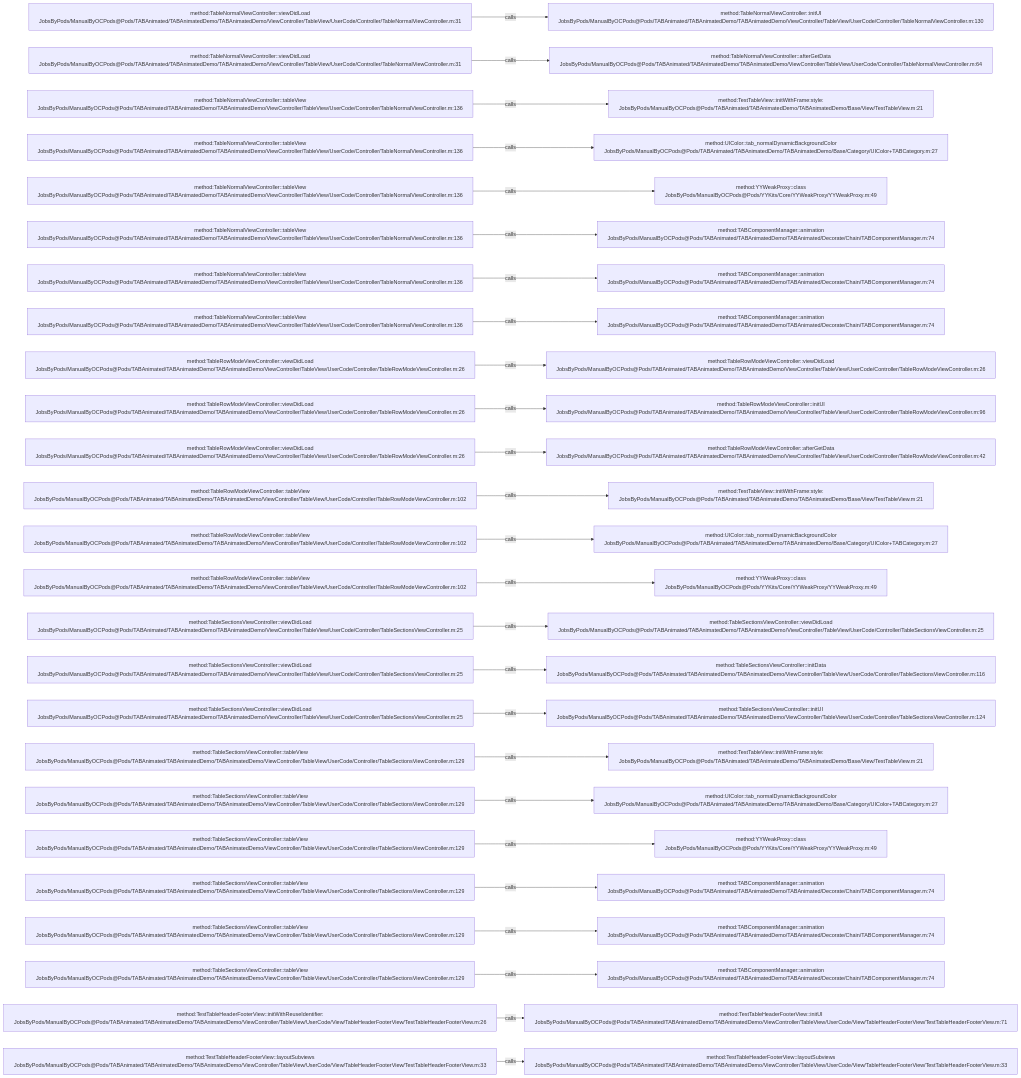
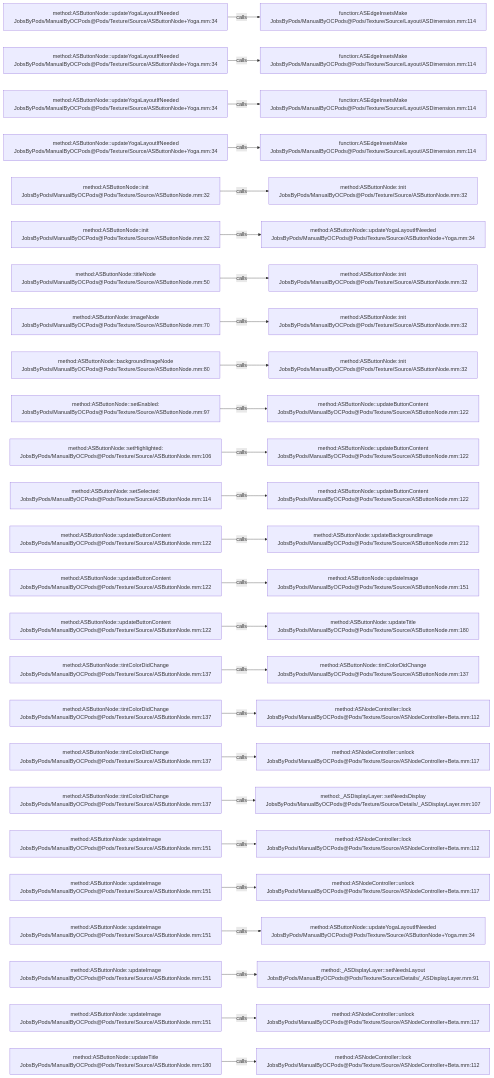
Before and after one commit to JobsKits/JobsOCBaseConfigDemo: the diagram in .codegraph/codegraph.md/graphs/calls-057.md, drawn with Mermaid. The commit also changed 2723 other files, not shown here.

````diff
--- a/.codegraph/codegraph.md/graphs/calls-057.md
+++ b/.codegraph/codegraph.md/graphs/calls-057.md
@@ -13,78 +13,78 @@
 ```mermaid
 flowchart LR
-  S1["method:TableNormalViewController::viewDidLoad<br/>JobsByPods/ManualByOCPods@Pods/TABAnimated/TABAnimatedDemo/TABAnimatedDemo/ViewController/TableView/UserCode/Controller/TableNormalViewController.m:31"]
-  T1["method:TableNormalViewController::initUI<br/>JobsByPods/ManualByOCPods@Pods/TABAnimated/TABAnimatedDemo/TABAnimatedDemo/ViewController/TableView/UserCode/Controller/TableNormalViewController.m:130"]
+  S1["method:ASButtonNode::updateYogaLayoutIfNeeded<br/>JobsByPods/ManualByOCPods@Pods/Texture/Source/ASButtonNode+Yoga.mm:34"]
+  T1["function:ASEdgeInsetsMake<br/>JobsByPods/ManualByOCPods@Pods/Texture/Source/Layout/ASDimension.mm:114"]
   S1 -->|calls| T1
-  S2["method:TableNormalViewController::viewDidLoad<br/>JobsByPods/ManualByOCPods@Pods/TABAnimated/TABAnimatedDemo/TABAnimatedDemo/ViewController/TableView/UserCode/Controller/TableNormalViewController.m:31"]
-  T2["method:TableNormalViewController::afterGetData<br/>JobsByPods/ManualByOCPods@Pods/TABAnimated/TABAnimatedDemo/TABAnimatedDemo/ViewController/TableView/UserCode/Controller/TableNormalViewController.m:64"]
+  S2["method:ASButtonNode::updateYogaLayoutIfNeeded<br/>JobsByPods/ManualByOCPods@Pods/Texture/Source/ASButtonNode+Yoga.mm:34"]
+  T2["function:ASEdgeInsetsMake<br/>JobsByPods/ManualByOCPods@Pods/Texture/Source/Layout/ASDimension.mm:114"]
   S2 -->|calls| T2
-  S3["method:TableNormalViewController::tableView<br/>JobsByPods/ManualByOCPods@Pods/TABAnimated/TABAnimatedDemo/TABAnimatedDemo/ViewController/TableView/UserCode/Controller/TableNormalViewController.m:136"]
-  T3["method:TestTableView::initWithFrame:style:<br/>JobsByPods/ManualByOCPods@Pods/TABAnimated/TABAnimatedDemo/TABAnimatedDemo/Base/View/TestTableView.m:21"]
+  S3["method:ASButtonNode::updateYogaLayoutIfNeeded<br/>JobsByPods/ManualByOCPods@Pods/Texture/Source/ASButtonNode+Yoga.mm:34"]
+  T3["function:ASEdgeInsetsMake<br/>JobsByPods/ManualByOCPods@Pods/Texture/Source/Layout/ASDimension.mm:114"]
   S3 -->|calls| T3
-  S4["method:TableNormalViewController::tableView<br/>JobsByPods/ManualByOCPods@Pods/TABAnimated/TABAnimatedDemo/TABAnimatedDemo/ViewController/TableView/UserCode/Controller/TableNormalViewController.m:136"]
-  T4["method:UIColor::tab_normalDynamicBackgroundColor<br/>JobsByPods/ManualByOCPods@Pods/TABAnimated/TABAnimatedDemo/TABAnimatedDemo/Base/Category/UIColor+TABCategory.m:27"]
+  S4["method:ASButtonNode::updateYogaLayoutIfNeeded<br/>JobsByPods/ManualByOCPods@Pods/Texture/Source/ASButtonNode+Yoga.mm:34"]
+  T4["function:ASEdgeInsetsMake<br/>JobsByPods/ManualByOCPods@Pods/Texture/Source/Layout/ASDimension.mm:114"]
   S4 -->|calls| T4
-  S5["method:TableNormalViewController::tableView<br/>JobsByPods/ManualByOCPods@Pods/TABAnimated/TABAnimatedDemo/TABAnimatedDemo/ViewController/TableView/UserCode/Controller/TableNormalViewController.m:136"]
-  T5["method:YYWeakProxy::class<br/>JobsByPods/ManualByOCPods@Pods/YYKits/Core/YYWeakProxy/YYWeakProxy.m:49"]
+  S5["method:ASButtonNode::init<br/>JobsByPods/ManualByOCPods@Pods/Texture/Source/ASButtonNode.mm:32"]
+  T5["method:ASButtonNode::init<br/>JobsByPods/ManualByOCPods@Pods/Texture/Source/ASButtonNode.mm:32"]
   S5 -->|calls| T5
-  S6["method:TableNormalViewController::tableView<br/>JobsByPods/ManualByOCPods@Pods/TABAnimated/TABAnimatedDemo/TABAnimatedDemo/ViewController/TableView/UserCode/Controller/TableNormalViewController.m:136"]
-  T6["method:TABComponentManager::animation<br/>JobsByPods/ManualByOCPods@Pods/TABAnimated/TABAnimatedDemo/TABAnimated/Decorate/Chain/TABComponentManager.m:74"]
+  S6["method:ASButtonNode::init<br/>JobsByPods/ManualByOCPods@Pods/Texture/Source/ASButtonNode.mm:32"]
+  T6["method:ASButtonNode::updateYogaLayoutIfNeeded<br/>JobsByPods/ManualByOCPods@Pods/Texture/Source/ASButtonNode+Yoga.mm:34"]
   S6 -->|calls| T6
-  S7["method:TableNormalViewController::tableView<br/>JobsByPods/ManualByOCPods@Pods/TABAnimated/TABAnimatedDemo/TABAnimatedDemo/ViewController/TableView/UserCode/Controller/TableNormalViewController.m:136"]
-  T7["method:TABComponentManager::animation<br/>JobsByPods/ManualByOCPods@Pods/TABAnimated/TABAnimatedDemo/TABAnimated/Decorate/Chain/TABComponentManager.m:74"]
+  S7["method:ASButtonNode::titleNode<br/>JobsByPods/ManualByOCPods@Pods/Texture/Source/ASButtonNode.mm:50"]
+  T7["method:ASButtonNode::init<br/>JobsByPods/ManualByOCPods@Pods/Texture/Source/ASButtonNode.mm:32"]
   S7 -->|calls| T7
-  S8["method:TableNormalViewController::tableView<br/>JobsByPods/ManualByOCPods@Pods/TABAnimated/TABAnimatedDemo/TABAnimatedDemo/ViewController/TableView/UserCode/Controller/TableNormalViewController.m:136"]
-  T8["method:TABComponentManager::animation<br/>JobsByPods/ManualByOCPods@Pods/TABAnimated/TABAnimatedDemo/TABAnimated/Decorate/Chain/TABComponentManager.m:74"]
+  S8["method:ASButtonNode::imageNode<br/>JobsByPods/ManualByOCPods@Pods/Texture/Source/ASButtonNode.mm:70"]
+  T8["method:ASButtonNode::init<br/>JobsByPods/ManualByOCPods@Pods/Texture/Source/ASButtonNode.mm:32"]
   S8 -->|calls| T8
-  S9["method:TableRowModeViewController::viewDidLoad<br/>JobsByPods/ManualByOCPods@Pods/TABAnimated/TABAnimatedDemo/TABAnimatedDemo/ViewController/TableView/UserCode/Controller/TableRowModeViewController.m:26"]
-  T9["method:TableRowModeViewController::viewDidLoad<br/>JobsByPods/ManualByOCPods@Pods/TABAnimated/TABAnimatedDemo/TABAnimatedDemo/ViewController/TableView/UserCode/Controller/TableRowModeViewController.m:26"]
+  S9["method:ASButtonNode::backgroundImageNode<br/>JobsByPods/ManualByOCPods@Pods/Texture/Source/ASButtonNode.mm:80"]
+  T9["method:ASButtonNode::init<br/>JobsByPods/ManualByOCPods@Pods/Texture/Source/ASButtonNode.mm:32"]
   S9 -->|calls| T9
-  S10["method:TableRowModeViewController::viewDidLoad<br/>JobsByPods/ManualByOCPods@Pods/TABAnimated/TABAnimatedDemo/TABAnimatedDemo/ViewController/TableView/UserCode/Controller/TableRowModeViewController.m:26"]
-  T10["method:TableRowModeViewController::initUI<br/>JobsByPods/ManualByOCPods@Pods/TABAnimated/TABAnimatedDemo/TABAnimatedDemo/ViewController/TableView/UserCode/Controller/TableRowModeViewController.m:96"]
+  S10["method:ASButtonNode::setEnabled:<br/>JobsByPods/ManualByOCPods@Pods/Texture/Source/ASButtonNode.mm:97"]
+  T10["method:ASButtonNode::updateButtonContent<br/>JobsByPods/ManualByOCPods@Pods/Texture/Source/ASButtonNode.mm:122"]
   S10 -->|calls| T10
-  S11["method:TableRowModeViewController::viewDidLoad<br/>JobsByPods/ManualByOCPods@Pods/TABAnimated/TABAnimatedDemo/TABAnimatedDemo/ViewController/TableView/UserCode/Controller/TableRowModeViewController.m:26"]
-  T11["method:TableRowModeViewController::afterGetData<br/>JobsByPods/ManualByOCPods@Pods/TABAnimated/TABAnimatedDemo/TABAnimatedDemo/ViewController/TableView/UserCode/Controller/TableRowModeViewController.m:42"]
+  S11["method:ASButtonNode::setHighlighted:<br/>JobsByPods/ManualByOCPods@Pods/Texture/Source/ASButtonNode.mm:106"]
+  T11["method:ASButtonNode::updateButtonContent<br/>JobsByPods/ManualByOCPods@Pods/Texture/Source/ASButtonNode.mm:122"]
   S11 -->|calls| T11
-  S12["method:TableRowModeViewController::tableView<br/>JobsByPods/ManualByOCPods@Pods/TABAnimated/TABAnimatedDemo/TABAnimatedDemo/ViewController/TableView/UserCode/Controller/TableRowModeViewController.m:102"]
-  T12["method:TestTableView::initWithFrame:style:<br/>JobsByPods/ManualByOCPods@Pods/TABAnimated/TABAnimatedDemo/TABAnimatedDemo/Base/View/TestTableView.m:21"]
+  S12["method:ASButtonNode::setSelected:<br/>JobsByPods/ManualByOCPods@Pods/Texture/Source/ASButtonNode.mm:114"]
+  T12["method:ASButtonNode::updateButtonContent<br/>JobsByPods/ManualByOCPods@Pods/Texture/Source/ASButtonNode.mm:122"]
   S12 -->|calls| T12
-  S13["method:TableRowModeViewController::tableView<br/>JobsByPods/ManualByOCPods@Pods/TABAnimated/TABAnimatedDemo/TABAnimatedDemo/ViewController/TableView/UserCode/Controller/TableRowModeViewController.m:102"]
-  T13["method:UIColor::tab_normalDynamicBackgroundColor<br/>JobsByPods/ManualByOCPods@Pods/TABAnimated/TABAnimatedDemo/TABAnimatedDemo/Base/Category/UIColor+TABCategory.m:27"]
+  S13["method:ASButtonNode::updateButtonContent<br/>JobsByPods/ManualByOCPods@Pods/Texture/Source/ASButtonNode.mm:122"]
+  T13["method:ASButtonNode::updateBackgroundImage<br/>JobsByPods/ManualByOCPods@Pods/Texture/Source/ASButtonNode.mm:212"]
   S13 -->|calls| T13
-  S14["method:TableRowModeViewController::tableView<br/>JobsByPods/ManualByOCPods@Pods/TABAnimated/TABAnimatedDemo/TABAnimatedDemo/ViewController/TableView/UserCode/Controller/TableRowModeViewController.m:102"]
-  T14["method:YYWeakProxy::class<br/>JobsByPods/ManualByOCPods@Pods/YYKits/Core/YYWeakProxy/YYWeakProxy.m:49"]
+  S14["method:ASButtonNode::updateButtonContent<br/>JobsByPods/ManualByOCPods@Pods/Texture/Source/ASButtonNode.mm:122"]
+  T14["method:ASButtonNode::updateImage<br/>JobsByPods/ManualByOCPods@Pods/Texture/Source/ASButtonNode.mm:151"]
   S14 -->|calls| T14
-  S15["method:TableSectionsViewController::viewDidLoad<br/>JobsByPods/ManualByOCPods@Pods/TABAnimated/TABAnimatedDemo/TABAnimatedDemo/ViewController/TableView/UserCode/Controller/TableSectionsViewController.m:25"]
-  T15["method:TableSectionsViewController::viewDidLoad<br/>JobsByPods/ManualByOCPods@Pods/TABAnimated/TABAnimatedDemo/TABAnimatedDemo/ViewController/TableView/UserCode/Controller/TableSectionsViewController.m:25"]
+  S15["method:ASButtonNode::updateButtonContent<br/>JobsByPods/ManualByOCPods@Pods/Texture/Source/ASButtonNode.mm:122"]
+  T15["method:ASButtonNode::updateTitle<br/>JobsByPods/ManualByOCPods@Pods/Texture/Source/ASButtonNode.mm:180"]
   S15 -->|calls| T15
-  S16["method:TableSectionsViewController::viewDidLoad<br/>JobsByPods/ManualByOCPods@Pods/TABAnimated/TABAnimatedDemo/TABAnimatedDemo/ViewController/TableView/UserCode/Controller/TableSectionsViewController.m:25"]
-  T16["method:TableSectionsViewController::initData<br/>JobsByPods/ManualByOCPods@Pods/TABAnimated/TABAnimatedDemo/TABAnimatedDemo/ViewController/TableView/UserCode/Controller/TableSectionsViewController.m:116"]
+  S16["method:ASButtonNode::tintColorDidChange<br/>JobsByPods/ManualByOCPods@Pods/Texture/Source/ASButtonNode.mm:137"]
+  T16["method:ASButtonNode::tintColorDidChange<br/>JobsByPods/ManualByOCPods@Pods/Texture/Source/ASButtonNode.mm:137"]
   S16 -->|calls| T16
-  S17["method:TableSectionsViewController::viewDidLoad<br/>JobsByPods/ManualByOCPods@Pods/TABAnimated/TABAnimatedDemo/TABAnimatedDemo/ViewController/TableView/UserCode/Controller/TableSectionsViewController.m:25"]
-  T17["method:TableSectionsViewController::initUI<br/>JobsByPods/ManualByOCPods@Pods/TABAnimated/TABAnimatedDemo/TABAnimatedDemo/ViewController/TableView/UserCode/Controller/TableSectionsViewController.m:124"]
+  S17["method:ASButtonNode::tintColorDidChange<br/>JobsByPods/ManualByOCPods@Pods/Texture/Source/ASButtonNode.mm:137"]
+  T17["method:ASNodeController::lock<br/>JobsByPods/ManualByOCPods@Pods/Texture/Source/ASNodeController+Beta.mm:112"]
   S17 -->|calls| T17
-  S18["method:TableSectionsViewController::tableView<br/>JobsByPods/ManualByOCPods@Pods/TABAnimated/TABAnimatedDemo/TABAnimatedDemo/ViewController/TableView/UserCode/Controller/TableSectionsViewController.m:129"]
-  T18["method:TestTableView::initWithFrame:style:<br/>JobsByPods/ManualByOCPods@Pods/TABAnimated/TABAnimatedDemo/TABAnimatedDemo/Base/View/TestTableView.m:21"]
+  S18["method:ASButtonNode::tintColorDidChange<br/>JobsByPods/ManualByOCPods@Pods/Texture/Source/ASButtonNode.mm:137"]
+  T18["method:ASNodeController::unlock<br/>JobsByPods/ManualByOCPods@Pods/Texture/Source/ASNodeController+Beta.mm:117"]
   S18 -->|calls| T18
-  S19["method:TableSectionsViewController::tableView<br/>JobsByPods/ManualByOCPods@Pods/TABAnimated/TABAnimatedDemo/TABAnimatedDemo/ViewController/TableView/UserCode/Controller/TableSectionsViewController.m:129"]
-  T19["method:UIColor::tab_normalDynamicBackgroundColor<br/>JobsByPods/ManualByOCPods@Pods/TABAnimated/TABAnimatedDemo/TABAnimatedDemo/Base/Category/UIColor+TABCategory.m:27"]
+  S19["method:ASButtonNode::tintColorDidChange<br/>JobsByPods/ManualByOCPods@Pods/Texture/Source/ASButtonNode.mm:137"]
+  T19["method:_ASDisplayLayer::setNeedsDisplay<br/>JobsByPods/ManualByOCPods@Pods/Texture/Source/Details/_ASDisplayLayer.mm:107"]
   S19 -->|calls| T19
-  S20["method:TableSectionsViewController::tableView<br/>JobsByPods/ManualByOCPods@Pods/TABAnimated/TABAnimatedDemo/TABAnimatedDemo/ViewController/TableView/UserCode/Controller/TableSectionsViewController.m:129"]
-  T20["method:YYWeakProxy::class<br/>JobsByPods/ManualByOCPods@Pods/YYKits/Core/YYWeakProxy/YYWeakProxy.m:49"]
+  S20["method:ASButtonNode::updateImage<br/>JobsByPods/ManualByOCPods@Pods/Texture/Source/ASButtonNode.mm:151"]
+  T20["method:ASNodeController::lock<br/>JobsByPods/ManualByOCPods@Pods/Texture/Source/ASNodeController+Beta.mm:112"]
   S20 -->|calls| T20
-  S21["method:TableSectionsViewController::tableView<br/>JobsByPods/ManualByOCPods@Pods/TABAnimated/TABAnimatedDemo/TABAnimatedDemo/ViewController/TableView/UserCode/Controller/TableSectionsViewController.m:129"]
-  T21["method:TABComponentManager::animation<br/>JobsByPods/ManualByOCPods@Pods/TABAnimated/TABAnimatedDemo/TABAnimated/Decorate/Chain/TABComponentManager.m:74"]
+  S21["method:ASButtonNode::updateImage<br/>JobsByPods/ManualByOCPods@Pods/Texture/Source/ASButtonNode.mm:151"]
+  T21["method:ASNodeController::unlock<br/>JobsByPods/ManualByOCPods@Pods/Texture/Source/ASNodeController+Beta.mm:117"]
   S21 -->|calls| T21
-  S22["method:TableSectionsViewController::tableView<br/>JobsByPods/ManualByOCPods@Pods/TABAnimated/TABAnimatedDemo/TABAnimatedDemo/ViewController/TableView/UserCode/Controller/TableSectionsViewController.m:129"]
-  T22["method:TABComponentManager::animation<br/>JobsByPods/ManualByOCPods@Pods/TABAnimated/TABAnimatedDemo/TABAnimated/Decorate/Chain/TABComponentManager.m:74"]
+  S22["method:ASButtonNode::updateImage<br/>JobsByPods/ManualByOCPods@Pods/Texture/Source/ASButtonNode.mm:151"]
+  T22["method:ASButtonNode::updateYogaLayoutIfNeeded<br/>JobsByPods/ManualByOCPods@Pods/Texture/Source/ASButtonNode+Yoga.mm:34"]
   S22 -->|calls| T22
-  S23["method:TableSectionsViewController::tableView<br/>JobsByPods/ManualByOCPods@Pods/TABAnimated/TABAnimatedDemo/TABAnimatedDemo/ViewController/TableView/UserCode/Controller/TableSectionsViewController.m:129"]
-  T23["method:TABComponentManager::animation<br/>JobsByPods/ManualByOCPods@Pods/TABAnimated/TABAnimatedDemo/TABAnimated/Decorate/Chain/TABComponentManager.m:74"]
+  S23["method:ASButtonNode::updateImage<br/>JobsByPods/ManualByOCPods@Pods/Texture/Source/ASButtonNode.mm:151"]
+  T23["method:_ASDisplayLayer::setNeedsLayout<br/>JobsByPods/ManualByOCPods@Pods/Texture/Source/Details/_ASDisplayLayer.mm:91"]
   S23 -->|calls| T23
-  S24["method:TestTableHeaderFooterView::initWithReuseIdentifier:<br/>JobsByPods/ManualByOCPods@Pods/TABAnimated/TABAnimatedDemo/TABAnimatedDemo/ViewController/TableView/UserCode/View/TableHeaderFooterView/TestTableHeaderFooterView.m:26"]
-  T24["method:TestTableHeaderFooterView::initUI<br/>JobsByPods/ManualByOCPods@Pods/TABAnimated/TABAnimatedDemo/TABAnimatedDemo/ViewController/TableView/UserCode/View/TableHeaderFooterView/TestTableHeaderFooterView.m:71"]
+  S24["method:ASButtonNode::updateImage<br/>JobsByPods/ManualByOCPods@Pods/Texture/Source/ASButtonNode.mm:151"]
+  T24["method:ASNodeController::unlock<br/>JobsByPods/ManualByOCPods@Pods/Texture/Source/ASNodeController+Beta.mm:117"]
   S24 -->|calls| T24
-  S25["method:TestTableHeaderFooterView::layoutSubviews<br/>JobsByPods/ManualByOCPods@Pods/TABAnimated/TABAnimatedDemo/TABAnimatedDemo/ViewController/TableView/UserCode/View/TableHeaderFooterView/TestTableHeaderFooterView.m:33"]
-  T25["method:TestTableHeaderFooterView::layoutSubviews<br/>JobsByPods/ManualByOCPods@Pods/TABAnimated/TABAnimatedDemo/TABAnimatedDemo/ViewController/TableView/UserCode/View/TableHeaderFooterView/TestTableHeaderFooterView.m:33"]
+  S25["method:ASButtonNode::updateTitle<br/>JobsByPods/ManualByOCPods@Pods/Texture/Source/ASButtonNode.mm:180"]
+  T25["method:ASNodeController::lock<br/>JobsByPods/ManualByOCPods@Pods/Texture/Source/ASNodeController+Beta.mm:112"]
   S25 -->|calls| T25
 ```
````
